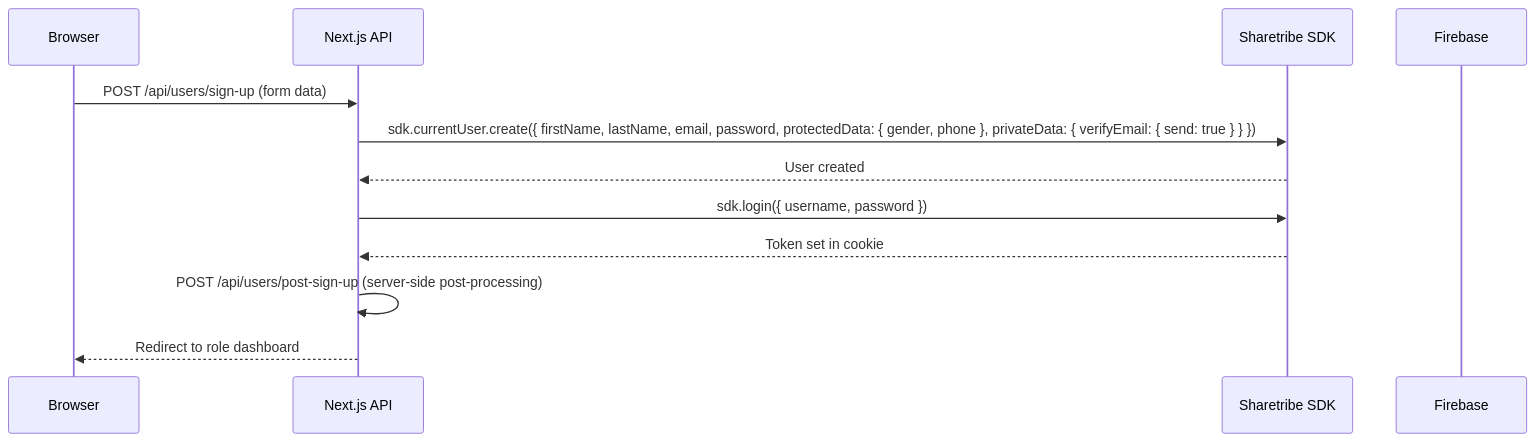
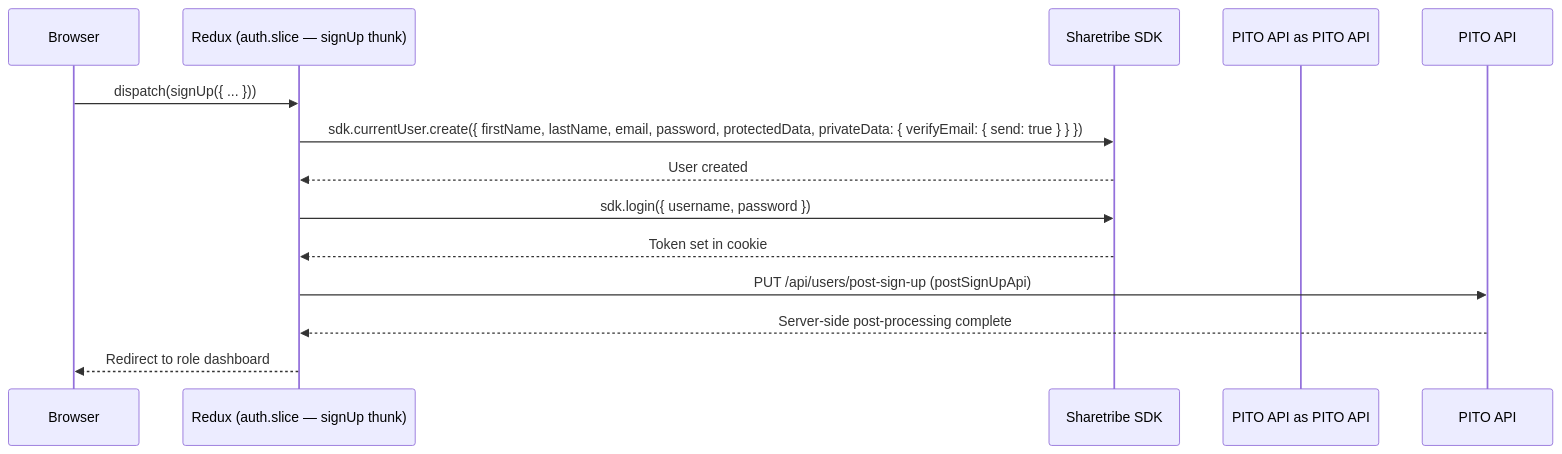
The first of 2 diagrams in docs/shared/auth-flow.md (haonguyenpito/pito-cloud-canteen), drawn with Mermaid before and after one commit. The commit also changed other lines of this file and 24 other files, not shown here.

````diff
--- a/docs/shared/auth-flow.md
+++ b/docs/shared/auth-flow.md
@@ -24,15 +26,16 @@
 ```mermaid
 sequenceDiagram
     participant Browser
-    participant Next.js API
+    participant Redux as Redux (auth.slice — signUp thunk)
     participant Sharetribe SDK
-    participant Firebase
+    participant PITO API as PITO API
 
-    Browser->>Next.js API: POST /api/users/sign-up (form data)
-    Next.js API->>Sharetribe SDK: sdk.currentUser.create({ firstName, lastName, email, password, protectedData: { gender, phone }, privateData: { verifyEmail: { send: true } } })
-    Sharetribe SDK-->>Next.js API: User created
-    Next.js API->>Sharetribe SDK: sdk.login({ username, password })
-    Sharetribe SDK-->>Next.js API: Token set in cookie
-    Next.js API->>Next.js API: POST /api/users/post-sign-up (server-side post-processing)
-    Next.js API-->>Browser: Redirect to role dashboard
+    Browser->>Redux: dispatch(signUp({ ... }))
+    Redux->>Sharetribe SDK: sdk.currentUser.create({ firstName, lastName, email, password, protectedData, privateData: { verifyEmail: { send: true } } })
+    Sharetribe SDK-->>Redux: User created
+    Redux->>Sharetribe SDK: sdk.login({ username, password })
+    Sharetribe SDK-->>Redux: Token set in cookie
+    Redux->>PITO API: PUT /api/users/post-sign-up (postSignUpApi)
+    PITO API-->>Redux: Server-side post-processing complete
+    Redux-->>Browser: Redirect to role dashboard
 ```
````
